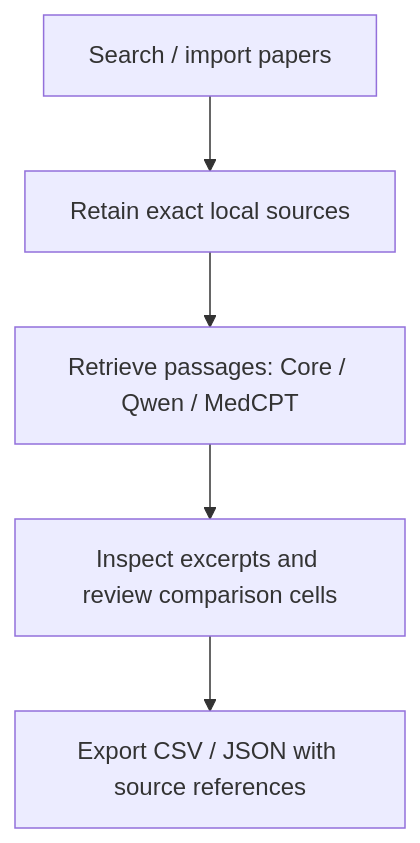
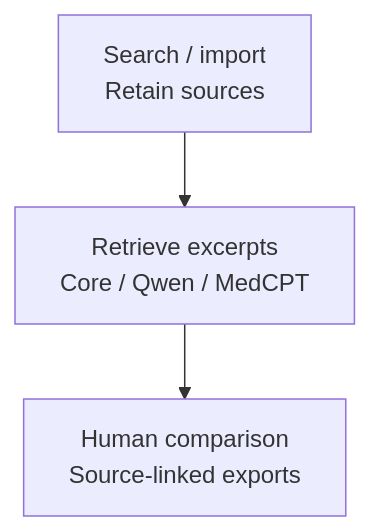
The diagram in README.md (hnt119/lit-rev-engine), drawn with Mermaid before and after one commit.

Commit message:
docs: keep the README evidence diagram compact

````diff
--- a/README.md
+++ b/README.md
@@ -55,7 +55,5 @@
 ```mermaid
 flowchart TB
-    I["Search / import papers"] --> S["Retain exact local sources"]
-    S --> R["Retrieve passages: Core / Qwen / MedCPT"]
-    R --> H["Inspect excerpts and review comparison cells"]
-    H --> X["Export CSV / JSON with source references"]
+    I["Search / import<br/>Retain sources"] --> R["Retrieve excerpts<br/>Core / Qwen / MedCPT"]
+    R --> H["Human comparison<br/>Source-linked exports"]
 ```
````
